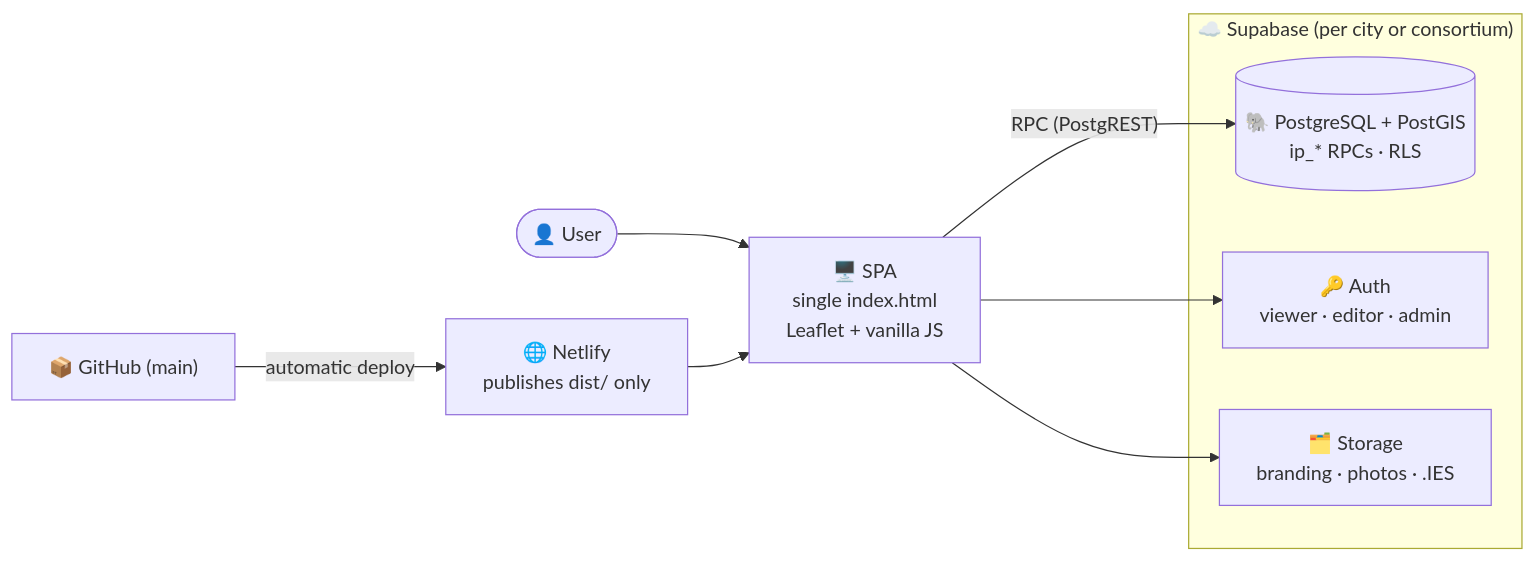
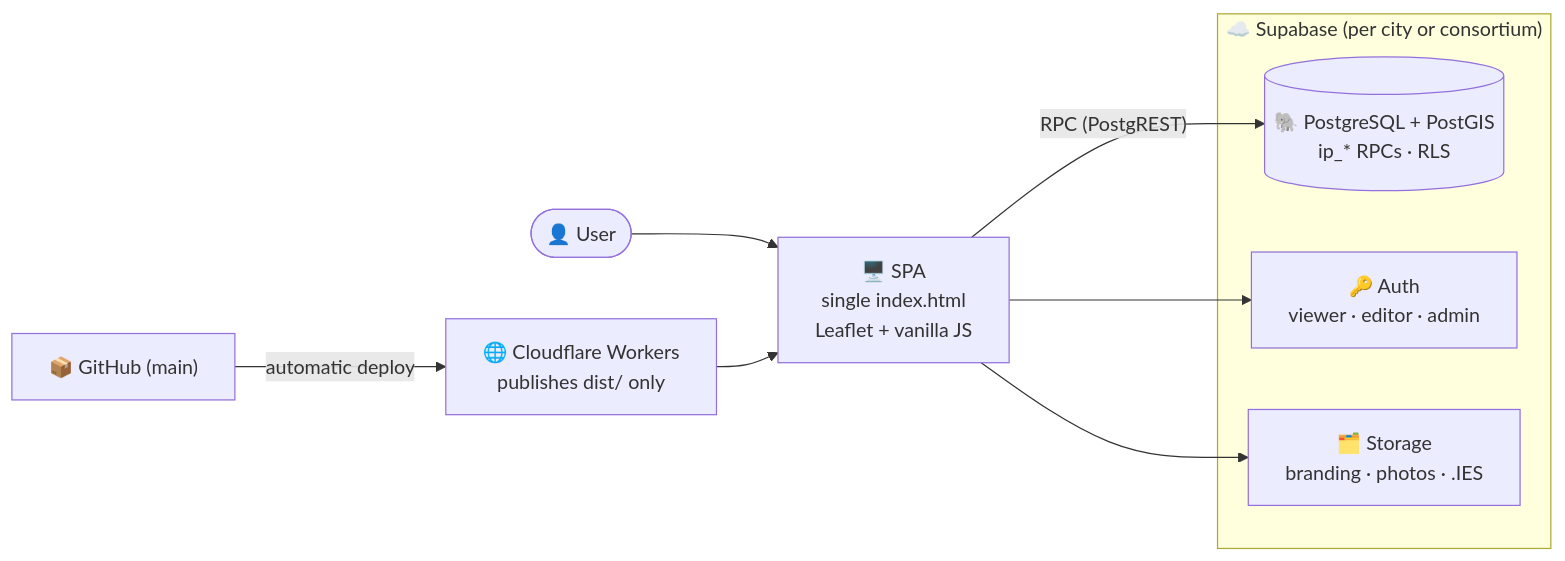
One commit to DaniloSFValim/openlux changed the diagram in README.en.md. Above: the diagram before and after it, drawn with Mermaid. The commit also changed other lines of this file and 15 other files, not shown here.

First line of the commit message:
chore(deploy): remover Netlify do projeto

````diff
--- a/README.en.md
+++ b/README.en.md
@@ -142,17 +141,17 @@
 ```mermaid
 flowchart LR
     U(["👤 User"]) --> SPA["🖥️ SPA<br/>single index.html<br/>Leaflet + vanilla JS"]
 
     subgraph Supabase ["☁️ Supabase (per city or consortium)"]
         DB[("🐘 PostgreSQL + PostGIS<br/>ip_* RPCs · RLS")]
         AUTH["🔑 Auth<br/>viewer · editor · admin"]
         STG["🗂️ Storage<br/>branding · photos · .IES"]
     end
 
     SPA -- "RPC (PostgREST)" --> DB
     SPA --> AUTH
     SPA --> STG
 
-    GH["📦 GitHub (main)"] -- "automatic deploy" --> NF["🌐 Netlify<br/>publishes dist/ only"]
+    GH["📦 GitHub (main)"] -- "automatic deploy" --> NF["🌐 Cloudflare Workers<br/>publishes dist/ only"]
     NF --> SPA
 ```
````
